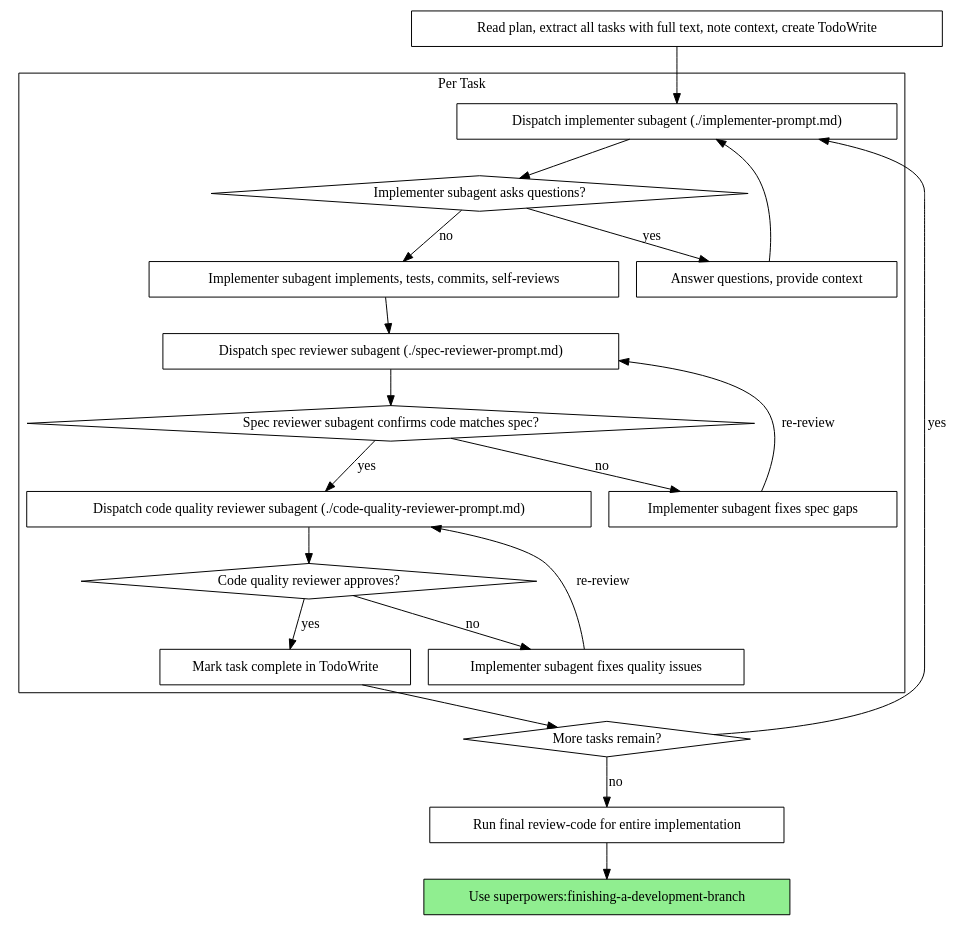
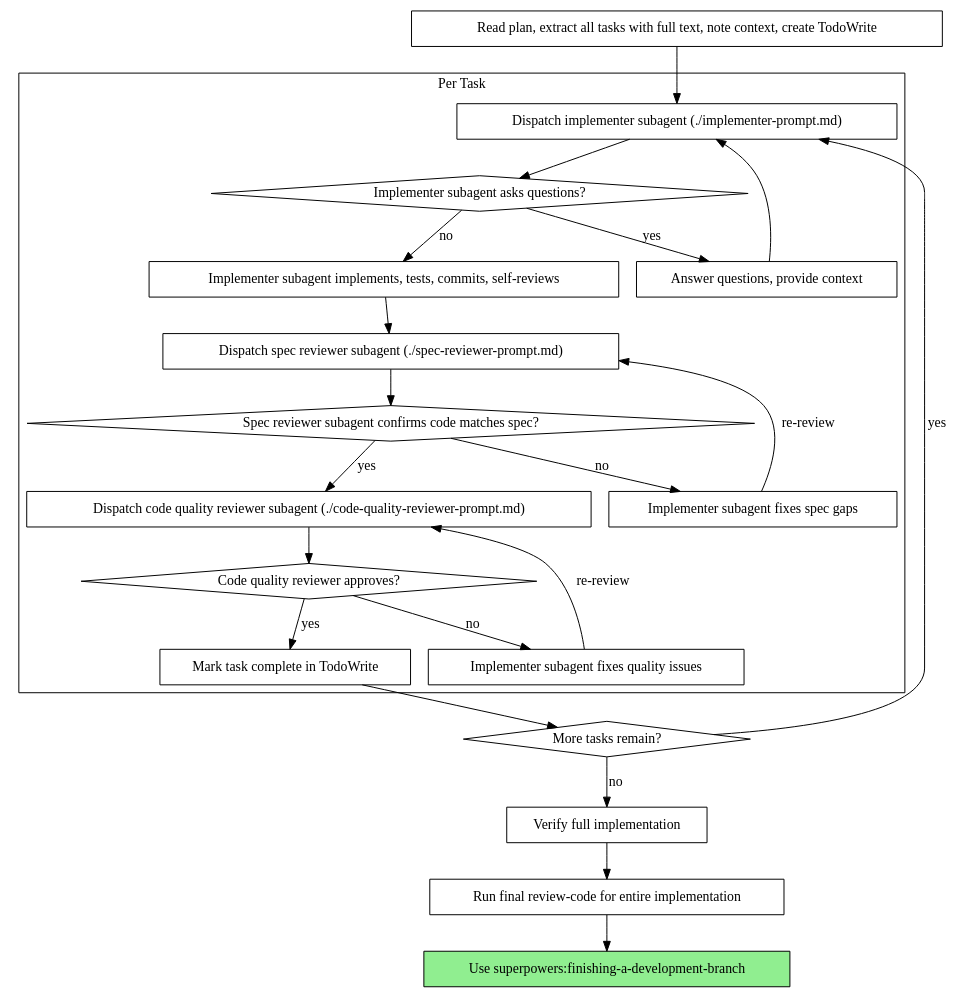
Before and after one commit to henrybzhang/superpowers-local: the second of 2 diagrams in skills/subagent-driven-development/SKILL.md, drawn with Graphviz. The commit also changed other lines of this file and 6 other files, not shown here.

````diff
--- a/skills/subagent-driven-development/SKILL.md
+++ b/skills/subagent-driven-development/SKILL.md
@@ -44,44 +44,46 @@
 ```dot
 digraph process {
     rankdir=TB;
 
     subgraph cluster_per_task {
         label="Per Task";
         "Dispatch implementer subagent (./implementer-prompt.md)" [shape=box];
         "Implementer subagent asks questions?" [shape=diamond];
         "Answer questions, provide context" [shape=box];
         "Implementer subagent implements, tests, commits, self-reviews" [shape=box];
         "Dispatch spec reviewer subagent (./spec-reviewer-prompt.md)" [shape=box];
         "Spec reviewer subagent confirms code matches spec?" [shape=diamond];
         "Implementer subagent fixes spec gaps" [shape=box];
         "Dispatch code quality reviewer subagent (./code-quality-reviewer-prompt.md)" [shape=box];
         "Code quality reviewer approves?" [shape=diamond];
         "Implementer subagent fixes quality issues" [shape=box];
         "Mark task complete in TodoWrite" [shape=box];
     }
 
     "Read plan, extract all tasks with full text, note context, create TodoWrite" [shape=box];
     "More tasks remain?" [shape=diamond];
+    "Verify full implementation" [shape=box];
     "Run final review-code for entire implementation" [shape=box];
     "Use superpowers:finishing-a-development-branch" [shape=box style=filled fillcolor=lightgreen];
 
     "Read plan, extract all tasks with full text, note context, create TodoWrite" -> "Dispatch implementer subagent (./implementer-prompt.md)";
     "Dispatch implementer subagent (./implementer-prompt.md)" -> "Implementer subagent asks questions?";
     "Implementer subagent asks questions?" -> "Answer questions, provide context" [label="yes"];
     "Answer questions, provide context" -> "Dispatch implementer subagent (./implementer-prompt.md)";
     "Implementer subagent asks questions?" -> "Implementer subagent implements, tests, commits, self-reviews" [label="no"];
     "Implementer subagent implements, tests, commits, self-reviews" -> "Dispatch spec reviewer subagent (./spec-reviewer-prompt.md)";
     "Dispatch spec reviewer subagent (./spec-reviewer-prompt.md)" -> "Spec reviewer subagent confirms code matches spec?";
     "Spec reviewer subagent confirms code matches spec?" -> "Implementer subagent fixes spec gaps" [label="no"];
     "Implementer subagent fixes spec gaps" -> "Dispatch spec reviewer subagent (./spec-reviewer-prompt.md)" [label="re-review"];
     "Spec reviewer subagent confirms code matches spec?" -> "Dispatch code quality reviewer subagent (./code-quality-reviewer-prompt.md)" [label="yes"];
     "Dispatch code quality reviewer subagent (./code-quality-reviewer-prompt.md)" -> "Code quality reviewer approves?";
     "Code quality reviewer approves?" -> "Implementer subagent fixes quality issues" [label="no"];
     "Implementer subagent fixes quality issues" -> "Dispatch code quality reviewer subagent (./code-quality-reviewer-prompt.md)" [label="re-review"];
     "Code quality reviewer approves?" -> "Mark task complete in TodoWrite" [label="yes"];
     "Mark task complete in TodoWrite" -> "More tasks remain?";
     "More tasks remain?" -> "Dispatch implementer subagent (./implementer-prompt.md)" [label="yes"];
-    "More tasks remain?" -> "Run final review-code for entire implementation" [label="no"];
+    "More tasks remain?" -> "Verify full implementation" [label="no"];
+    "Verify full implementation" -> "Run final review-code for entire implementation";
     "Run final review-code for entire implementation" -> "Use superpowers:finishing-a-development-branch";
 }
 ```
````
